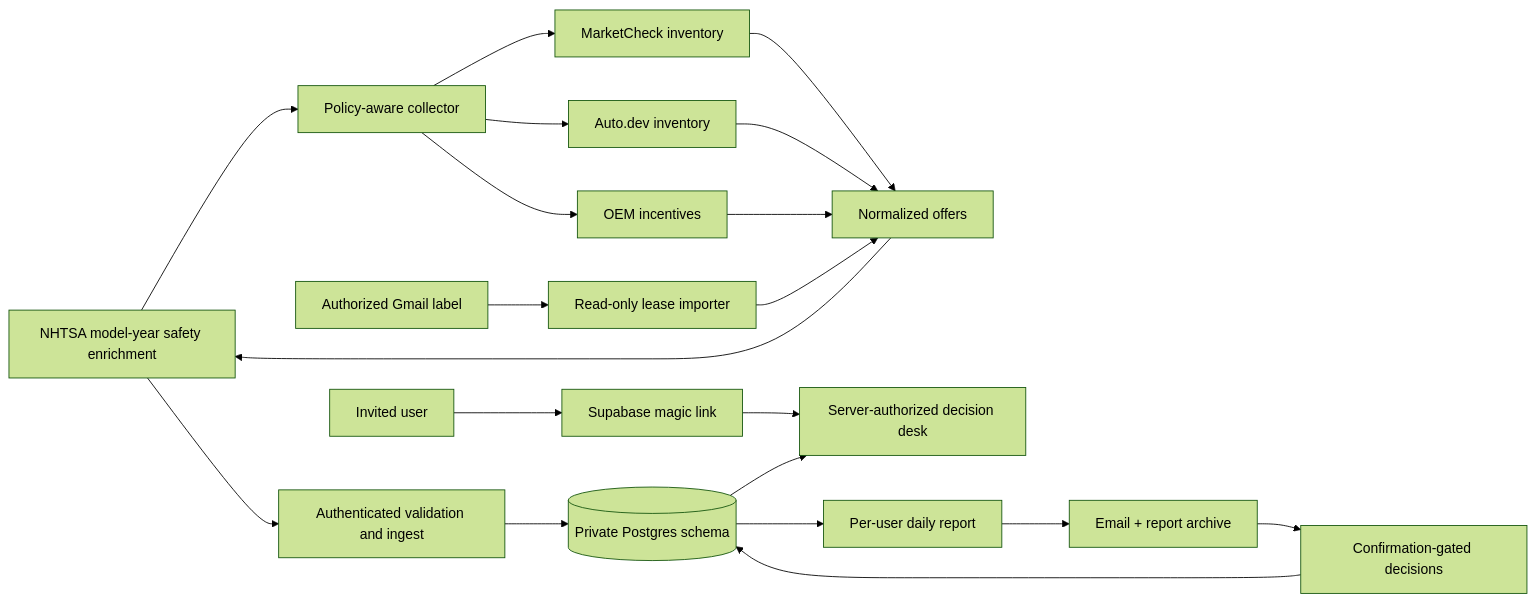
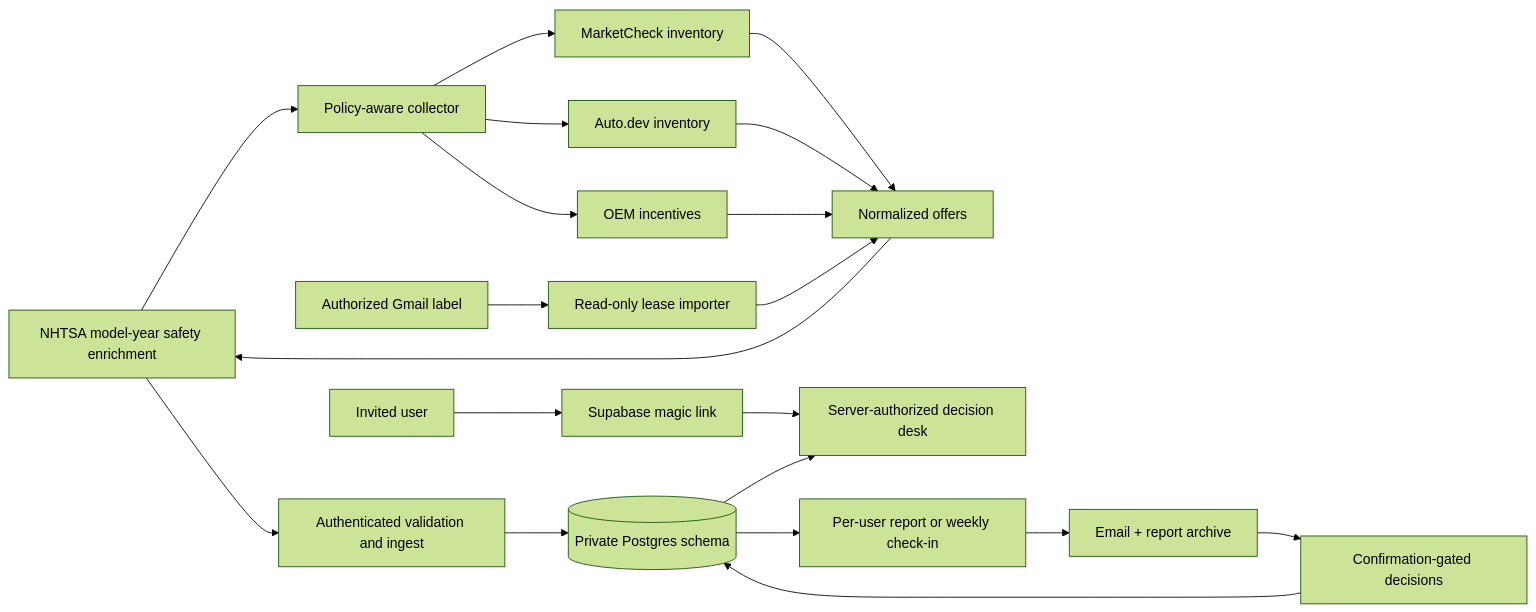
Before and after one commit to Northglass-Labs/autohunter: the diagram in README.md, drawn with Mermaid (forest theme). The commit also changed other lines of this file and 28 other files, not shown here.

````diff
--- a/README.md
+++ b/README.md
@@ -59,23 +63,23 @@
 ```mermaid
 flowchart LR
   S[Daily scheduler] --> C[Policy-aware collector]
   C --> MC[MarketCheck inventory]
   C --> AD[Auto.dev inventory]
   C --> OI[OEM incentives]
   G[Authorized Gmail label] --> GI[Read-only lease importer]
   MC --> N[Normalized offers]
   AD --> N
   OI --> N
   GI --> N
   N --> S[NHTSA model-year safety enrichment]
   S --> API
   API[Authenticated validation and ingest]
   API --> DB[(Private Postgres schema)]
   U[Invited user] --> A[Supabase magic link]
   A --> W[Server-authorized decision desk]
   DB --> W
-  DB --> R[Per-user daily report]
+  DB --> R[Per-user report or weekly check-in]
   R --> M[Email + report archive]
   M --> D[Confirmation-gated decisions]
   D --> DB
 ```
````
